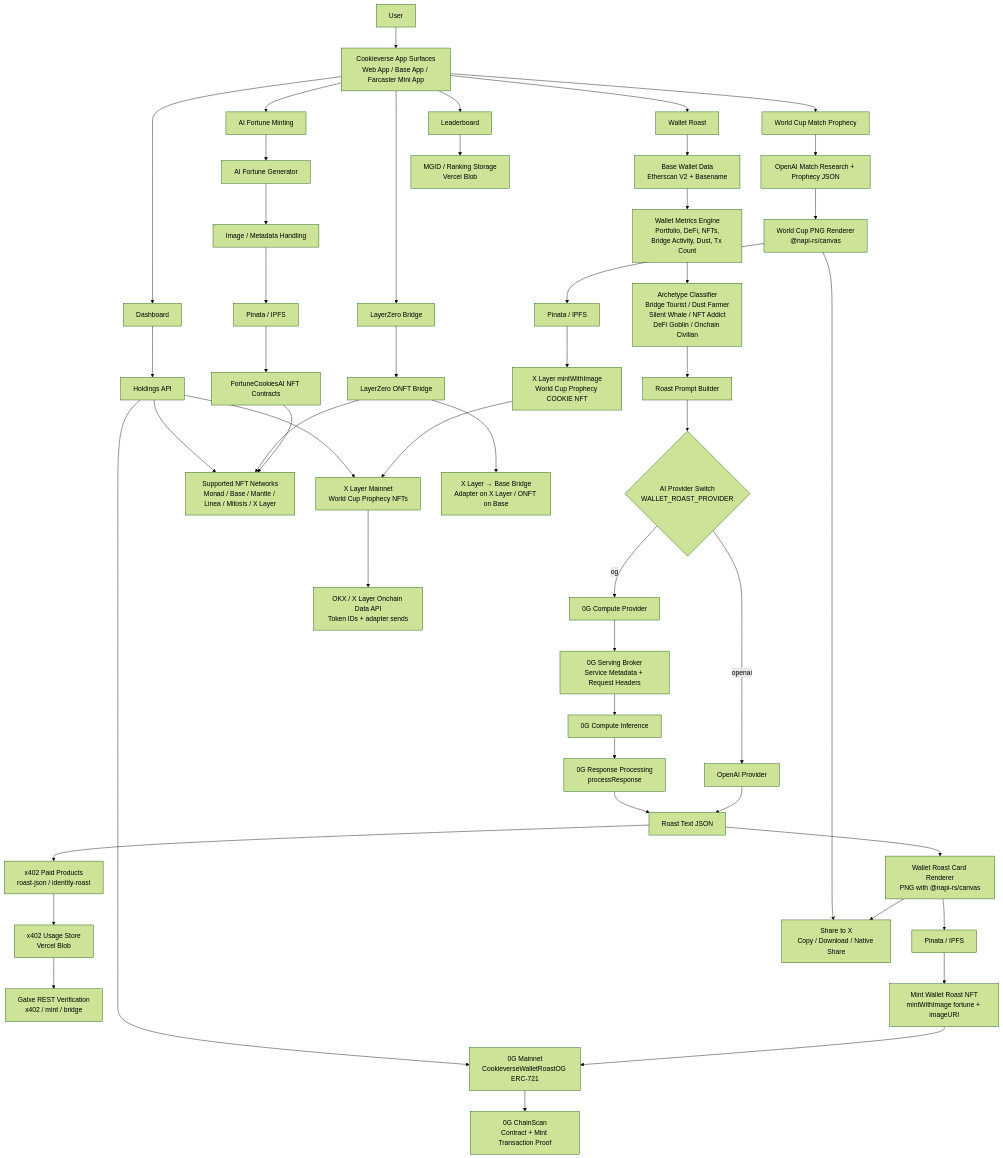
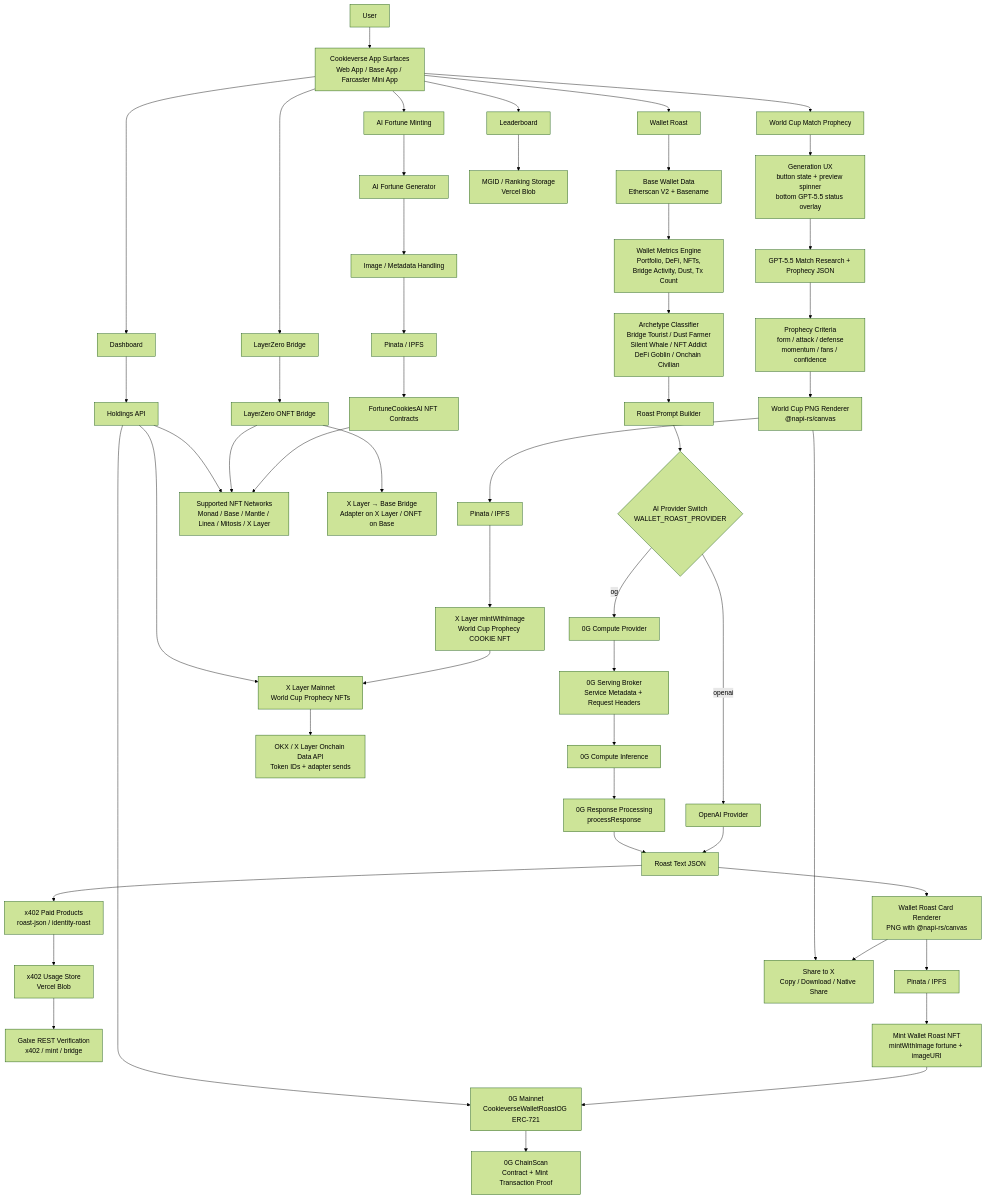
Before and after one commit to mssystem1/cookieverse: the diagram in README.md, drawn with Mermaid (forest theme). The commit also changed other lines of this file and 2 other files, not shown here.

Commit message:
added ui/ux for world cup prophecy generation, updated readme

````diff
--- a/README.md
+++ b/README.md
@@ -125,66 +126,68 @@
 ```mermaid
 flowchart TD
     U[User] --> SURFACES[Cookieverse App Surfaces<br/>Web App / Base App / Farcaster Mini App]
 
     SURFACES --> FORTUNE[AI Fortune Minting]
     SURFACES --> XCUP[World Cup Match Prophecy]
     SURFACES --> ROAST[Wallet Roast]
     SURFACES --> BRIDGE[LayerZero Bridge]
     SURFACES --> DASH[Dashboard]
     SURFACES --> BOARD[Leaderboard]
 
     FORTUNE --> FORTUNE_AI[AI Fortune Generator]
     FORTUNE_AI --> FORTUNE_IMG[Image / Metadata Handling]
     FORTUNE_IMG --> PINATA1[Pinata / IPFS]
     PINATA1 --> COOKIE_NFT[FortuneCookiesAI NFT Contracts]
 
-    XCUP --> XCUP_AI[OpenAI Match Research + Prophecy JSON]
-    XCUP_AI --> XCUP_CARD[World Cup PNG Renderer<br/>@napi-rs/canvas]
+    XCUP --> XCUP_UX[Generation UX<br/>button state + preview spinner<br/>bottom GPT-5.5 status overlay]
+    XCUP_UX --> XCUP_AI[GPT-5.5 Match Research + Prophecy JSON]
+    XCUP_AI --> XCUP_CRITERIA[Prophecy Criteria<br/>form / attack / defense<br/>momentum / fans / confidence]
+    XCUP_CRITERIA --> XCUP_CARD[World Cup PNG Renderer<br/>@napi-rs/canvas]
     XCUP_CARD --> XCUP_IPFS[Pinata / IPFS]
     XCUP_IPFS --> XLAYER_MINT[X Layer mintWithImage<br/>World Cup Prophecy COOKIE NFT]
 
     ROAST --> WALLET_DATA[Base Wallet Data<br/>Etherscan V2 + Basename]
     WALLET_DATA --> METRICS[Wallet Metrics Engine<br/>Portfolio, DeFi, NFTs,<br/>Bridge Activity, Dust, Tx Count]
     METRICS --> ARCHETYPE[Archetype Classifier<br/>Bridge Tourist / Dust Farmer<br/>Silent Whale / NFT Addict<br/>DeFi Goblin / Onchain Civilian]
     ARCHETYPE --> PROMPT[Roast Prompt Builder]
 
     PROMPT --> AI_SWITCH{AI Provider Switch<br/>WALLET_ROAST_PROVIDER}
 
     AI_SWITCH -->|openai| OPENAI[OpenAI Provider]
     AI_SWITCH -->|og| OGCOMPUTE[0G Compute Provider]
 
     OGCOMPUTE --> OGBROKER[0G Serving Broker<br/>Service Metadata + Request Headers]
     OGBROKER --> OGINFERENCE[0G Compute Inference]
     OGINFERENCE --> OGVERIFY[0G Response Processing<br/>processResponse]
 
     OPENAI --> ROAST_JSON[Roast Text JSON]
     OGVERIFY --> ROAST_JSON
 
     ROAST_JSON --> X402PAID[x402 Paid Products<br/>roast-json / identity-roast]
     X402PAID --> X402USAGE[x402 Usage Store<br/>Vercel Blob]
     X402USAGE --> GALXE[Galxe REST Verification<br/>x402 / mint / bridge]
     ROAST_JSON --> CARD[Wallet Roast Card Renderer<br/>PNG with @napi-rs/canvas]
     CARD --> PINATA2[Pinata / IPFS]
     PINATA2 --> ROAST_MINT[Mint Wallet Roast NFT<br/>mintWithImage fortune + imageURI]
 
     COOKIE_NFT --> CHAINS[Supported NFT Networks<br/>Monad / Base / Mantle / Linea / Mitosis / X Layer]
     XLAYER_MINT --> XLAYER[X Layer Mainnet<br/>World Cup Prophecy NFTs]
     ROAST_MINT --> OGCHAIN[0G Mainnet<br/>CookieverseWalletRoastOG ERC-721]
 
     BRIDGE --> LZ[LayerZero ONFT Bridge]
     LZ --> CHAINS
     LZ --> XLAYER_BASE[X Layer → Base Bridge<br/>Adapter on X Layer / ONFT on Base]
 
     DASH --> HOLDINGS[Holdings API]
     HOLDINGS --> CHAINS
     HOLDINGS --> XLAYER
     HOLDINGS --> OGCHAIN
 
     BOARD --> MGID[MGID / Ranking Storage<br/>Vercel Blob]
 
     CARD --> SHARE[Share to X<br/>Copy / Download / Native Share]
     XCUP_CARD --> SHARE
 
     XLAYER --> OKXAPI[OKX / X Layer Onchain Data API<br/>Token IDs + adapter sends]
     OGCHAIN --> OGEXPLORER[0G ChainScan<br/>Contract + Mint Transaction Proof]
 ```
````
